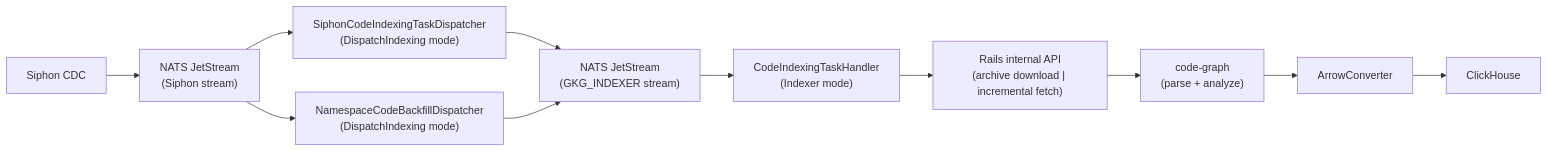
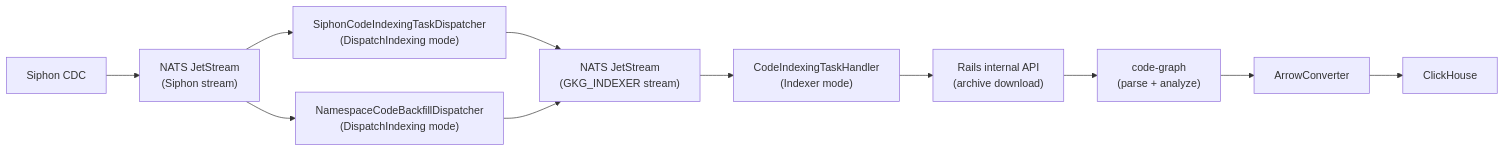
One commit to gitlabhq/orbit-knowledge-graph changed the second of 3 diagrams in docs/design-documents/indexing/code_indexing.md. Above: the diagram before and after it, drawn with Mermaid. The commit also changed other lines of this file and 9 other files, not shown here.

````diff
--- a/docs/design-documents/indexing/code_indexing.md
+++ b/docs/design-documents/indexing/code_indexing.md
@@ -88,13 +88,13 @@
 ```mermaid
 graph LR
     Siphon["Siphon CDC"] --> ExtNATS["NATS JetStream<br/>(Siphon stream)"]
     ExtNATS --> Dispatcher["SiphonCodeIndexingTaskDispatcher<br/>(DispatchIndexing mode)"]
     ExtNATS --> Backfill["NamespaceCodeBackfillDispatcher<br/>(DispatchIndexing mode)"]
     Dispatcher --> IntNATS["NATS JetStream<br/>(GKG_INDEXER stream)"]
     Backfill --> IntNATS
     IntNATS --> Handler["CodeIndexingTaskHandler<br/>(Indexer mode)"]
-    Handler --> Rails["Rails internal API<br/>(archive download | incremental fetch)"]
+    Handler --> Rails["Rails internal API<br/>(archive download)"]
     Rails --> CodeGraph["code-graph<br/>(parse + analyze)"]
     CodeGraph --> Arrow["ArrowConverter"]
     Arrow --> ClickHouse["ClickHouse"]
 ```
````
